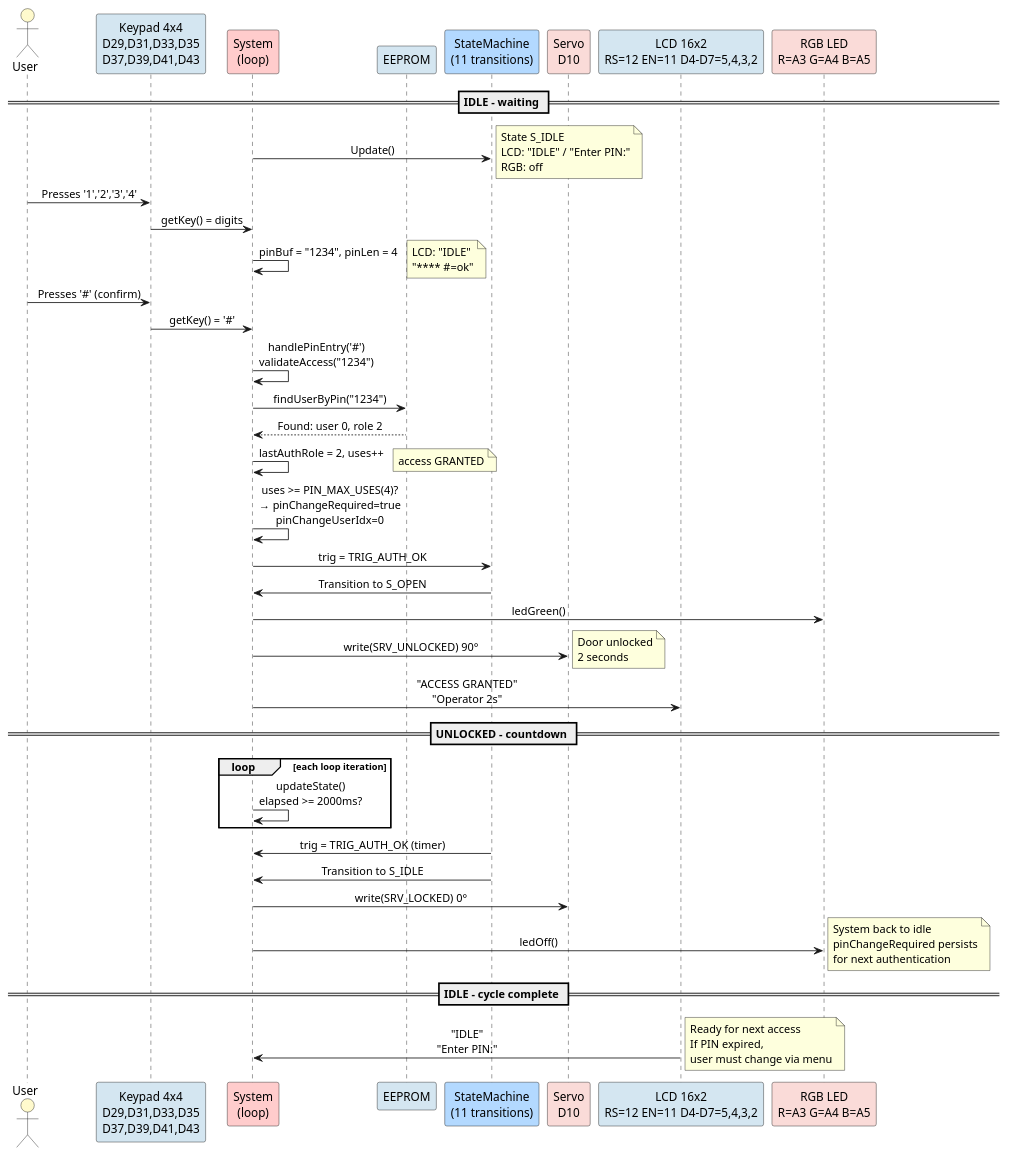
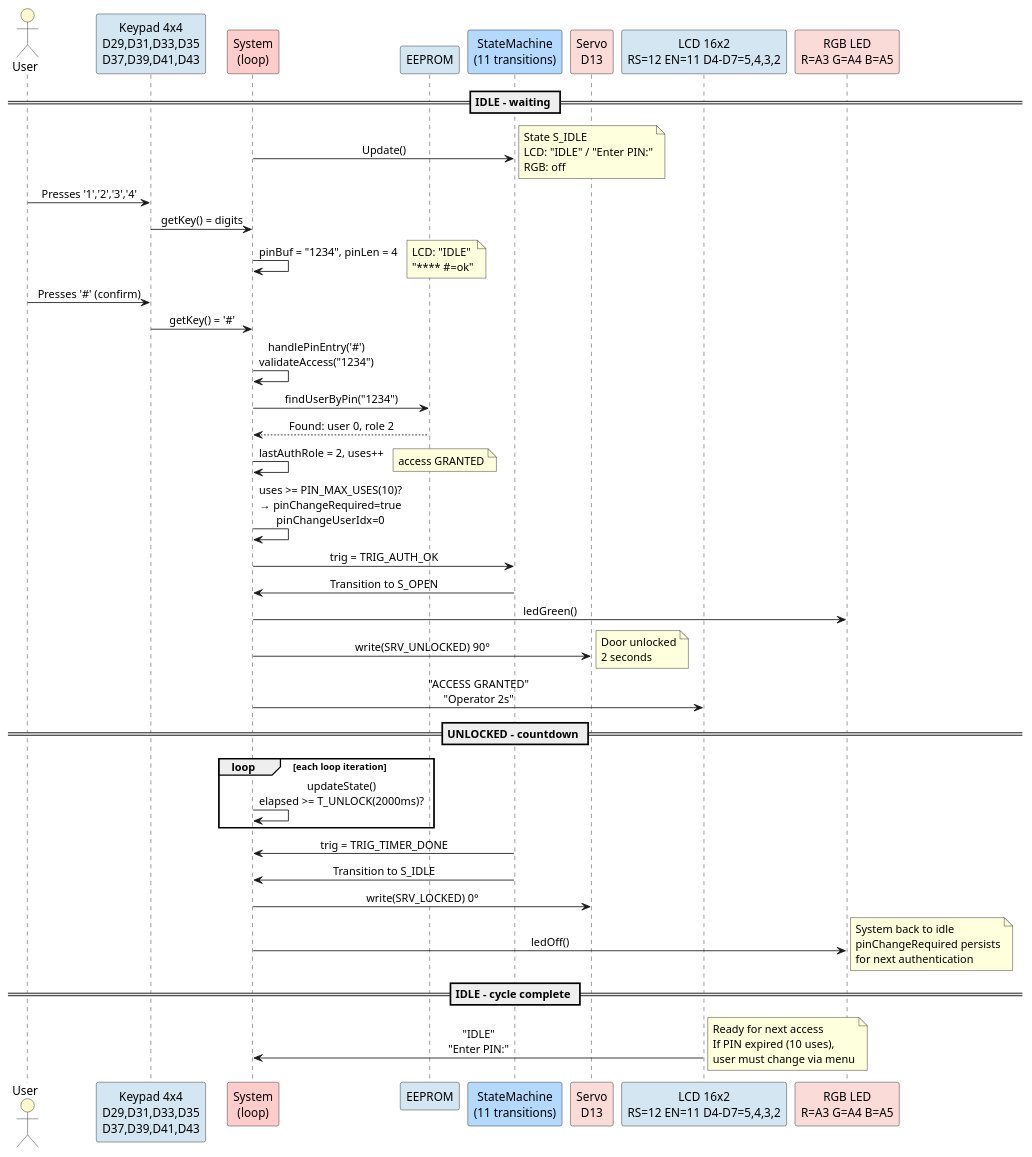
Before and after one commit to FernandoMulato/Final-Arduino-Project: the diagram in docs/UML/sequence-entry.puml, drawn with PlantUML. The commit also changed 17 other files, not shown here.

```diff
--- a/docs/UML/sequence-entry.puml
+++ b/docs/UML/sequence-entry.puml
@@ -1,61 +1,61 @@
 @startuml SuccessfulEntry
 ' ====================================================================
 ' Sequence diagram - Successful PIN entry (v4_main.ino)
 ' Happy path: correct PIN + role -> OPEN 2s -> IDLE
-' Shows PIN expiration check after uses >= PIN_MAX_USES
+' Shows PIN expiration check after uses >= PIN_MAX_USES (10)
 ' ====================================================================
 
 skinparam backgroundColor white
 skinparam defaultFontName SansSerif
 skinparam sequenceMessageAlign center
 
 actor "User" as USR #FFFACD
 participant "Keypad 4x4\nD29,D31,D33,D35\nD37,D39,D41,D43" as KPD #D4E6F1
 participant "System\n(loop)" as SYS #FFCCCC
 participant "EEPROM" as EEP #D4E6F1
 participant "StateMachine\n(11 transitions)" as FSM #B3D9FF
-participant "Servo\nD10" as SRV #FADBD8
+participant "Servo\nD13" as SRV #FADBD8
 participant "LCD 16x2\nRS=12 EN=11 D4-D7=5,4,3,2" as LCD #D4E6F1
 participant "RGB LED\nR=A3 G=A4 B=A5" as RGB #FADBD8
 
 == IDLE - waiting ==
 SYS -> FSM: Update()
 note right: State S_IDLE\nLCD: "IDLE" / "Enter PIN:"\nRGB: off
 
 USR -> KPD: Presses '1','2','3','4'
 KPD -> SYS: getKey() = digits
 SYS -> SYS: pinBuf = "1234", pinLen = 4
 note right: LCD: "IDLE"\n"**** #=ok"
 
 USR -> KPD: Presses '#' (confirm)
 KPD -> SYS: getKey() = '#'
 SYS -> SYS: handlePinEntry('#')\nvalidateAccess("1234")
 SYS -> EEP: findUserByPin("1234")
 EEP --> SYS: Found: user 0, role 2
 SYS -> SYS: lastAuthRole = 2, uses++
 note right: access GRANTED
-SYS -> SYS: uses >= PIN_MAX_USES(4)?\n→ pinChangeRequired=true\npinChangeUserIdx=0
+SYS -> SYS: uses >= PIN_MAX_USES(10)?\n→ pinChangeRequired=true\npinChangeUserIdx=0
 
 SYS -> FSM: trig = TRIG_AUTH_OK
 FSM -> SYS: Transition to S_OPEN
 SYS -> RGB: ledGreen()
 SYS -> SRV: write(SRV_UNLOCKED) 90°
 note right: Door unlocked\n2 seconds
 SYS -> LCD: "ACCESS GRANTED"\n"Operator 2s"
 
 == UNLOCKED - countdown ==
 loop each loop iteration
-  SYS -> SYS: updateState()\nelapsed >= 2000ms?
+  SYS -> SYS: updateState()\nelapsed >= T_UNLOCK(2000ms)?
 end
 
-FSM -> SYS: trig = TRIG_AUTH_OK (timer)
+FSM -> SYS: trig = TRIG_TIMER_DONE
 FSM -> SYS: Transition to S_IDLE
 SYS -> SRV: write(SRV_LOCKED) 0°
 SYS -> RGB: ledOff()
 note right: System back to idle\npinChangeRequired persists\nfor next authentication
 
 == IDLE - cycle complete ==
 LCD -> SYS: "IDLE"\n"Enter PIN:"
-note right: Ready for next access\nIf PIN expired,\nuser must change via menu
+note right: Ready for next access\nIf PIN expired (10 uses),\nuser must change via menu
 
 @enduml
```
